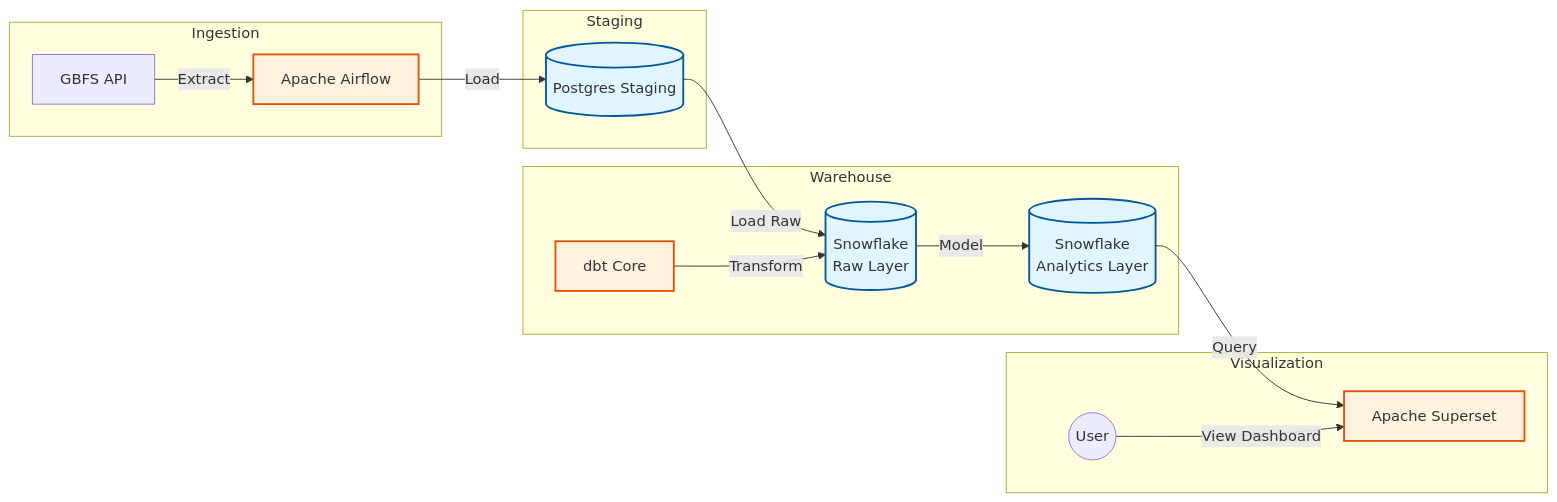
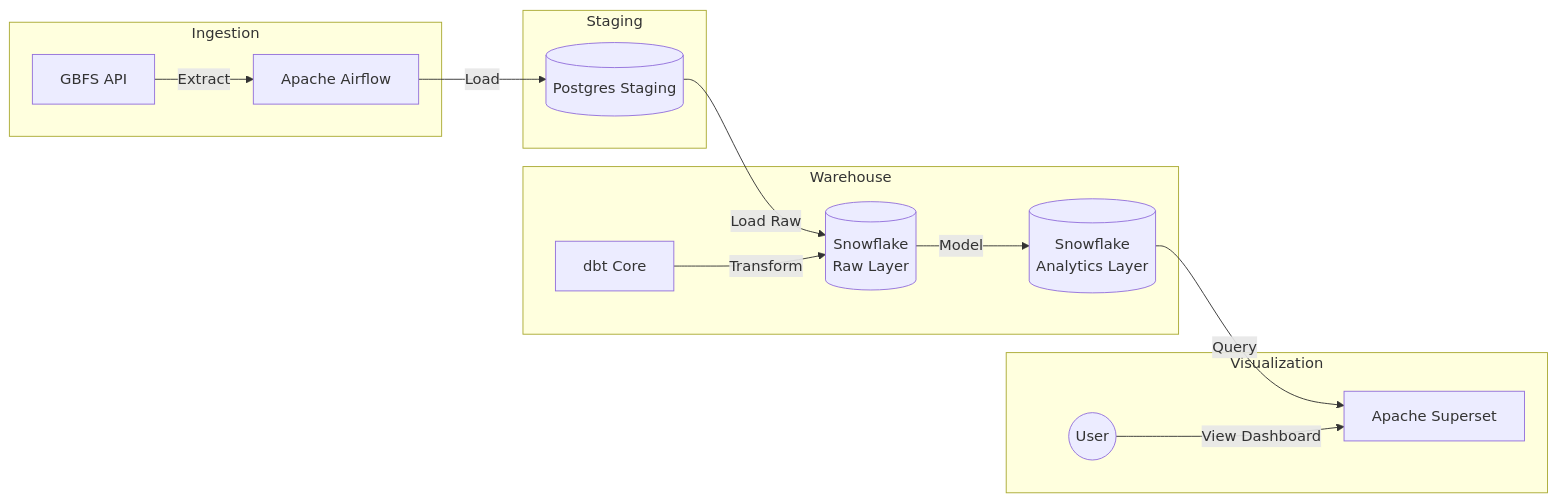
The diagram in README.md (denisvieru9463767/bike-share-de-project), drawn with Mermaid before and after one commit.

Commit message:
readme_3

````diff
--- a/README.md
+++ b/README.md
@@ -29,26 +29,21 @@
 ```mermaid 
 flowchart LR
     subgraph Ingestion
         API[GBFS API] -->|Extract| Airflow[Apache Airflow]
     end
 
     subgraph Staging
         Airflow -->|Load| Postgres[(Postgres Staging)]
     end
 
     subgraph Warehouse
         Postgres -->|Load Raw| SnowRaw[(Snowflake\nRaw Layer)]
         dbt[dbt Core] -->|Transform| SnowRaw
         SnowRaw -->|Model| SnowAnalytics[(Snowflake\nAnalytics Layer)]
     end
 
     subgraph Visualization
         SnowAnalytics -->|Query| Superset[Apache Superset]
         User((User)) -->|View Dashboard| Superset
     end
-
-    classDef db fill:#e1f5fe,stroke:#01579b,stroke-width:2px;
-    classDef tool fill:#fff3e0,stroke:#e65100,stroke-width:2px;
-    class Postgres,SnowRaw,SnowAnalytics db;
-    class Airflow,dbt,Superset tool;
 ```
````
